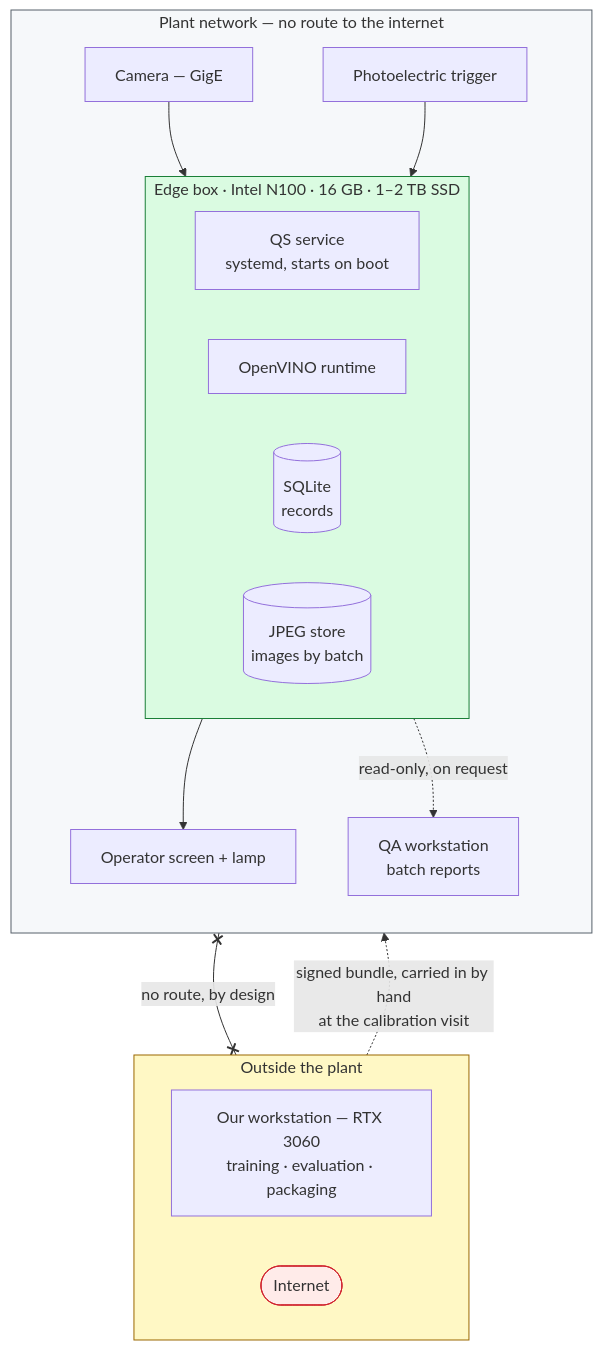
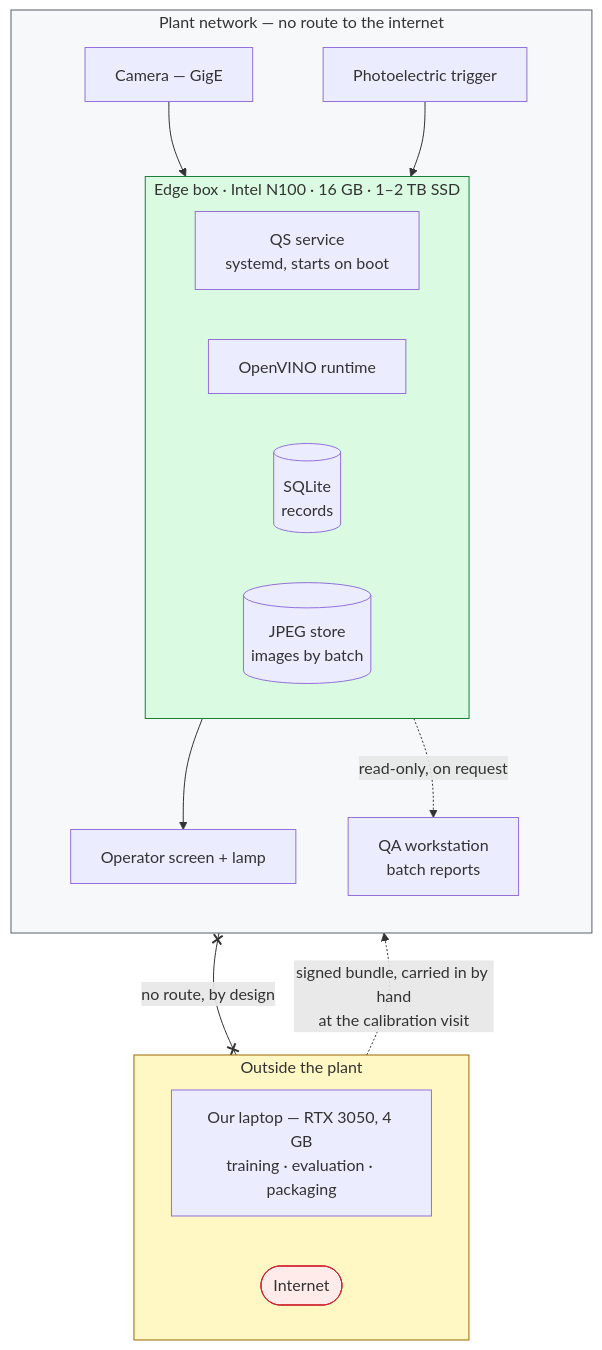
Before and after one commit to Ali-Jabowr/qs: the seventh of 8 diagrams in docs/10-architecture.md, drawn with Mermaid. The commit also changed other lines of this file and 9 other files, not shown here.

````diff
--- a/docs/10-architecture.md
+++ b/docs/10-architecture.md
@@ -326,37 +326,37 @@
 ```mermaid
 flowchart TB
     subgraph outside["Outside the plant"]
         direction LR
-        dev["Our workstation — RTX 3060<br/>training · evaluation · packaging"]
+        dev["Our laptop — RTX 3050, 4 GB<br/>training · evaluation · packaging"]
         net(["Internet"])
     end
 
     subgraph plant["Plant network — no route to the internet"]
         direction TB
         cam2["Camera — GigE"]
         trg["Photoelectric trigger"]
 
         subgraph edge["Edge box · Intel N100 · 16 GB · 1–2 TB SSD"]
             direction LR
             svc["QS service<br/>systemd, starts on boot"]
             ov["OpenVINO runtime"]
             db[("SQLite<br/>records")]
             jpg[("JPEG store<br/>images by batch")]
         end
 
         hmi["Operator screen + lamp"]
         ws["QA workstation<br/>batch reports"]
     end
 
     cam2 --> edge
     trg --> edge
     edge --> hmi
     edge -.->|"read-only, on request"| ws
     dev -.->|"signed bundle, carried in by hand<br/>at the calibration visit"| edge
     edge x--x|"no route, by design"| net
 
     style outside fill:#fff8c5,stroke:#9a6700
     style plant fill:#f6f8fa,stroke:#57606a
     style edge fill:#dafbe1,stroke:#1a7f37
     style net fill:#ffebe9,stroke:#cf222e
 ```
````
